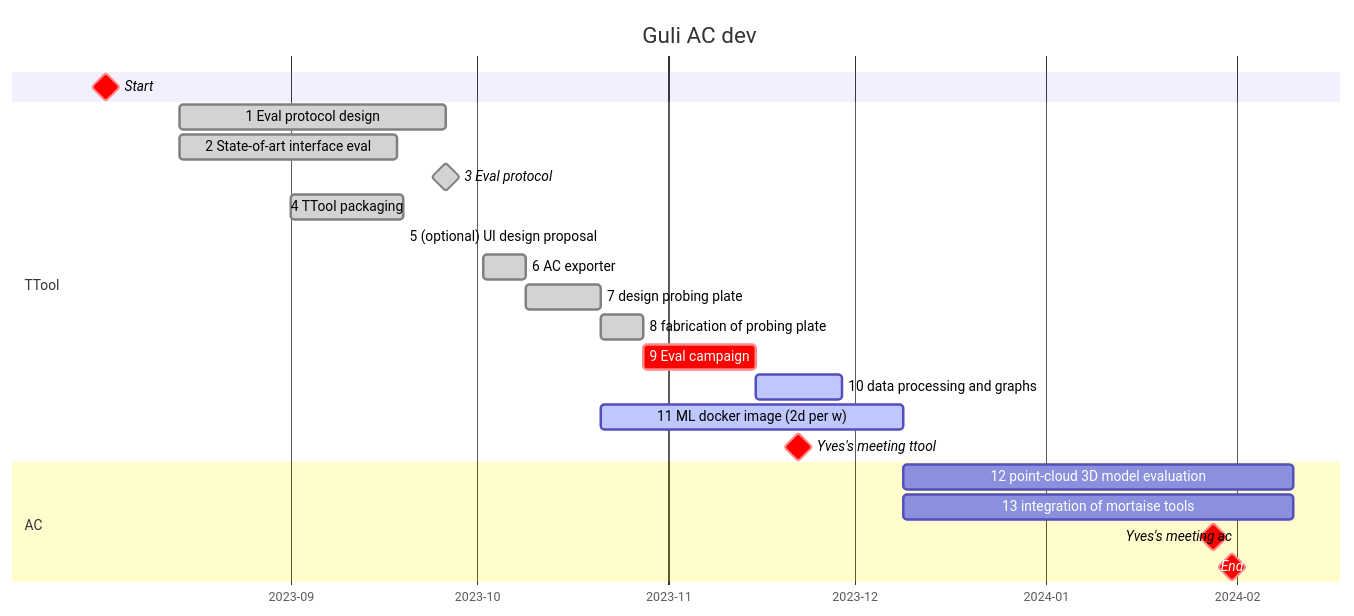
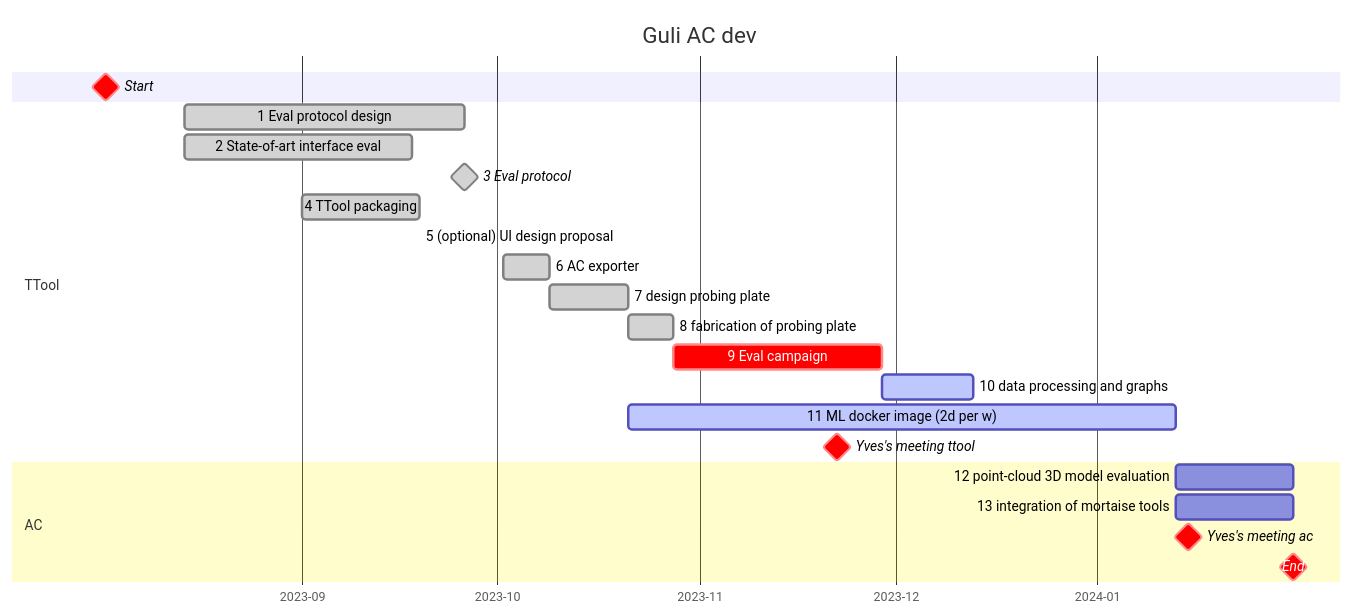
Before and after one commit to ibois-epfl/augmented-carpentry: the first of 2 diagrams in README.md, drawn with Mermaid.

Commit message:
UPDATE: updated guli planning

````diff
--- a/README.md
+++ b/README.md
@@ -18,29 +18,29 @@
 ```mermaid
 gantt
     dateFormat  YYYY-MM-DD
     title       Guli AC dev
     axisFormat %Y-%m
 
     Start                                                     :milestone, crit, strt, 2023-08-02, 0d
 
     section TTool
     1 Eval protocol design                                      :done, cmkprj, 2023-08-14, 6.2w
     2 State-of-art interface eval                               :done, ref, 2023-08-14, 5w
     3 Eval protocol                                             :done, milestone, milttol, 2023-09-26, 0d
     4 TTool packaging                                           :done, packcont, 2023-09-01, 2.5w
     5 (optional) UI design proposal                             :uidesign, after packcont, 0d
     6 AC exporter                                               :done, acexp, 2023-10-02, 1w
     7 design probing plate                                      :done, probplt, after acexp, 12d
     8 fabrication of probing plate                              :done, fabplt, after probplt, 1w
-    9 Eval campaign                                             :crit, eval, after fabplt, 2.5w
+    9 Eval campaign                                             :crit, eval, after fabplt, 4.5w
     10 data processing and graphs                               :active, dataaprgr, after eval, 2w
-    11 ML docker image (2d per w)                               :active, mlclass, after probplt, 7w
+    11 ML docker image (2d per w)                               :active, mlclass, after probplt, 12w
     Yves's meeting ttool                                        :milestone, crit, 2023-11-22, 0d
 
     section AC
-    12 point-cloud 3D model evaluation                          :acdev, after mlclass, 9w
-    13 integration of mortaise tools                            :acdev, after mlclass, 9w
-    Yves's meeting ac                                        :milestone, crit, 2024-01-28, 0d
+    12 point-cloud 3D model evaluation                          :acdev, after mlclass, 2.5w
+    13 integration of mortaise tools                            :acdev, after mlclass, 2.5w
+    Yves's meeting ac                                        :milestone, crit, 2024-01-15, 0d
 
     End                                                         :milestone, crit, ender, 2024-01-31, 0d
 ```
````
